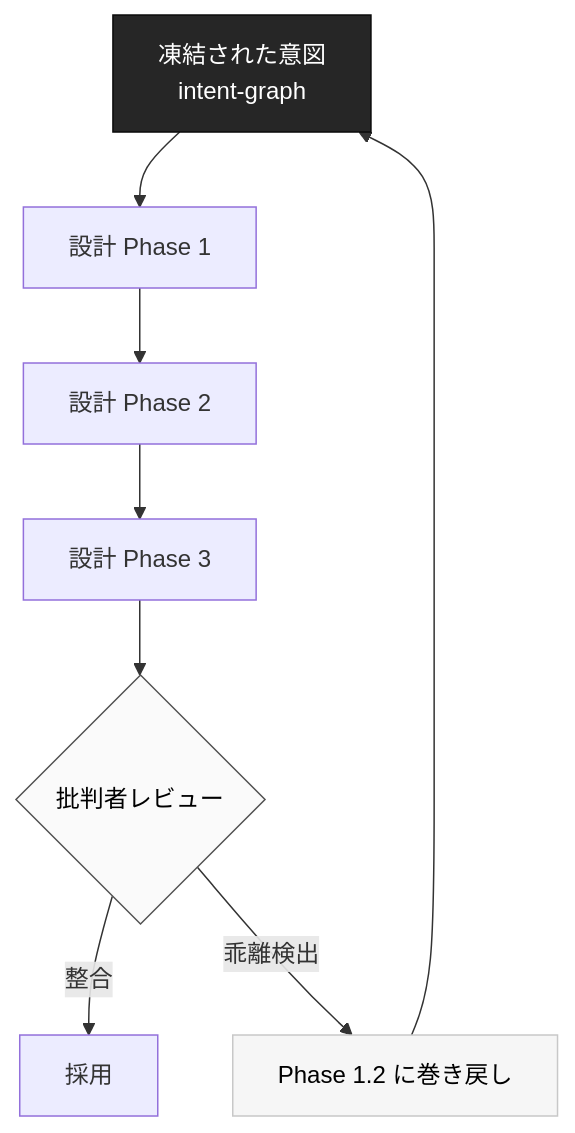
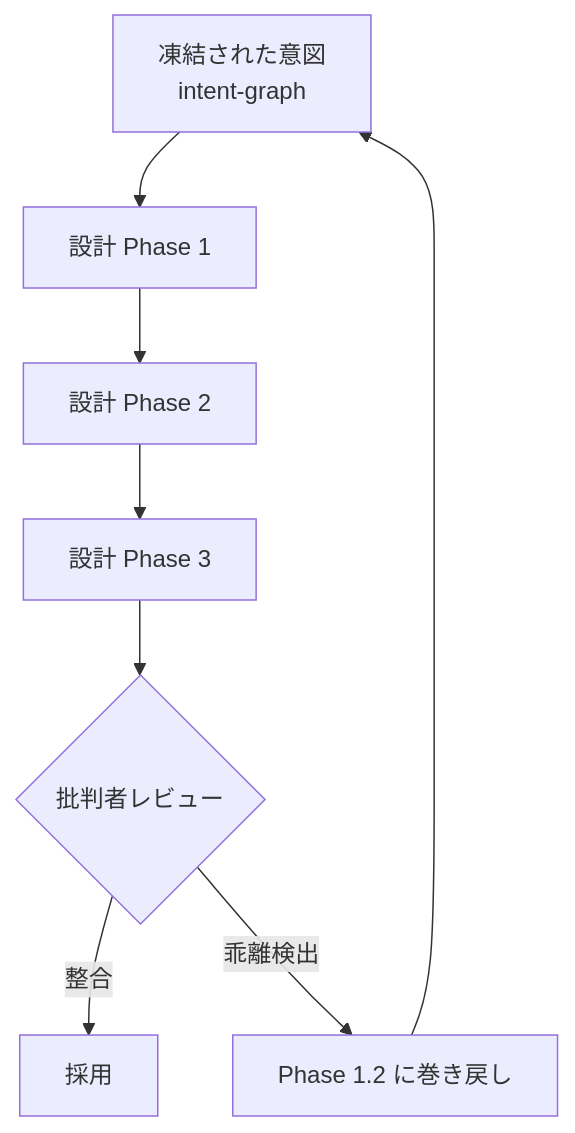
One commit to dinekt/dinekt-wiki changed the first of 2 diagrams in docs/concepts/drift-detection-実装が意図から乖離する現象を検出する.md. Above: the diagram before and after it, drawn with Mermaid. The commit also changed other lines of this file and 70 other files, not shown here.

First line of the commit message:
fix(mermaid): strip all inline styling, rely on theme

````diff
--- a/docs/concepts/drift-detection-実装が意図から乖離する現象を検出する.md
+++ b/docs/concepts/drift-detection-実装が意図から乖離する現象を検出する.md
@@ -23,14 +23,11 @@
 ```mermaid
 flowchart TD
     I[凍結された意図<br/>intent-graph] --> D1[設計 Phase 1]
     D1 --> D2[設計 Phase 2]
     D2 --> D3[設計 Phase 3]
     D3 --> R{批判者レビュー}
     R -->|整合| OK[採用]
     R -->|乖離検出| BACK[Phase 1.2 に巻き戻し]
     BACK --> I
 
-    style I fill:#262626,color:#fff,stroke:#0a0a0a
-    style R fill:#fafafa,stroke:#525252,color:#000
-    style BACK fill:#f6f6f6,stroke:#c8c8c8,color:#000
 ```
````
